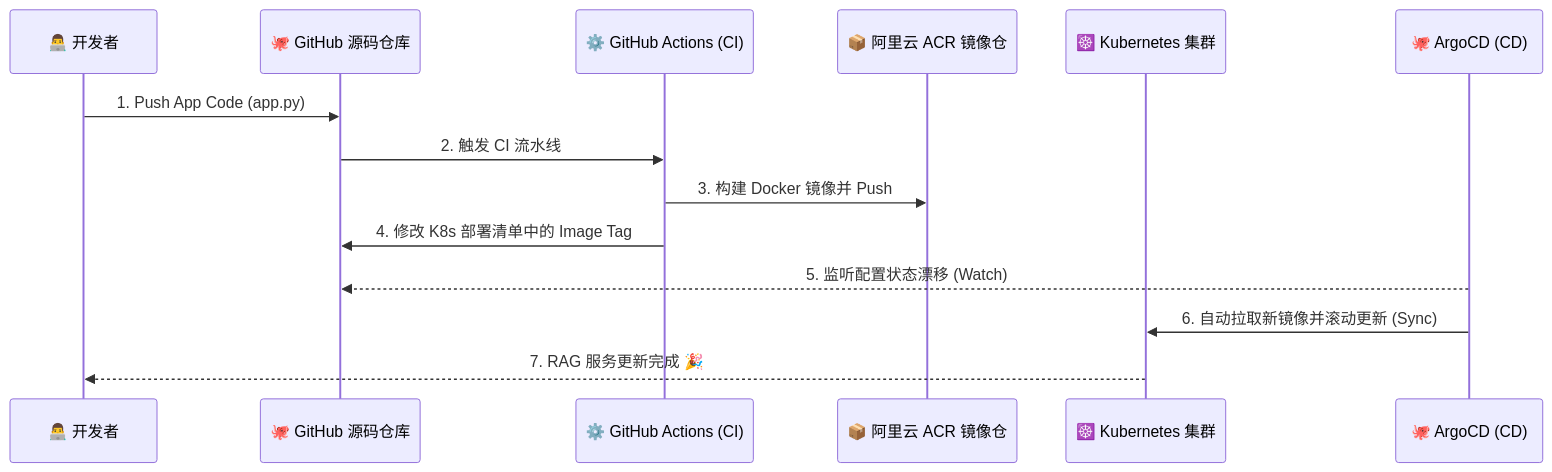
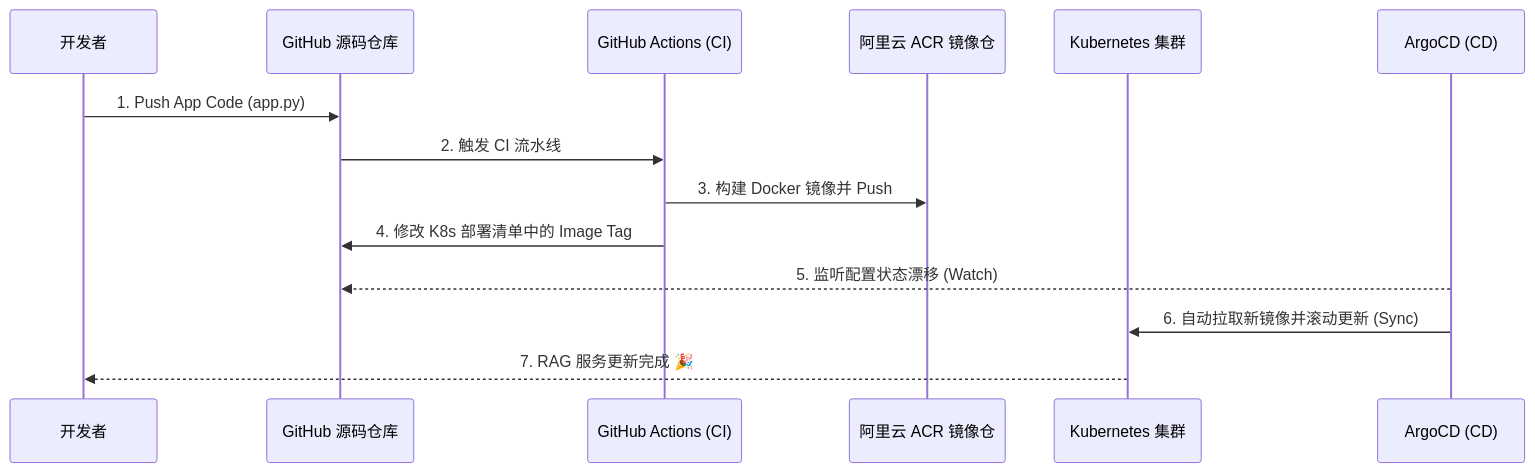
One commit to AmazingYe-oss/edu-rag-bot changed the diagram in README.md. Above: the diagram before and after it, drawn with Mermaid. The commit also changed other lines of this file, not shown here.

````diff
--- a/README.md
+++ b/README.md
@@ -23,17 +23,17 @@
 ```mermaid
 sequenceDiagram
-    participant Dev as 👨‍💻 开发者
-    participant CodeRepo as 🐙 GitHub 源码仓库
-    participant CI as ⚙️ GitHub Actions (CI)
-    participant ACR as 📦 阿里云 ACR 镜像仓
-    participant K8s as ☸️ Kubernetes 集群
-    participant ArgoCD as 🐙 ArgoCD (CD)
+    participant Dev as  开发者
+    participant CodeRepo as  GitHub 源码仓库
+    participant CI as  GitHub Actions (CI)
+    participant ACR as  阿里云 ACR 镜像仓
+    participant K8s as  Kubernetes 集群
+    participant ArgoCD as  ArgoCD (CD)
 
     Dev->>CodeRepo: 1. Push App Code (app.py)
     CodeRepo->>CI: 2. 触发 CI 流水线
     CI->>ACR: 3. 构建 Docker 镜像并 Push
     CI->>CodeRepo: 4. 修改 K8s 部署清单中的 Image Tag
     ArgoCD-->>CodeRepo: 5. 监听配置状态漂移 (Watch)
     ArgoCD->>K8s: 6. 自动拉取新镜像并滚动更新 (Sync)
     K8s-->>Dev: 7. RAG 服务更新完成 🎉
 ```
````
